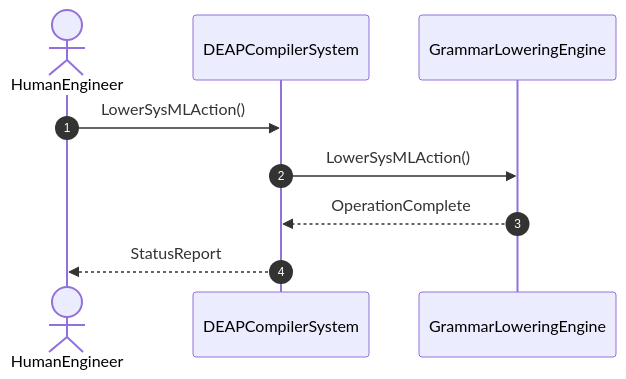
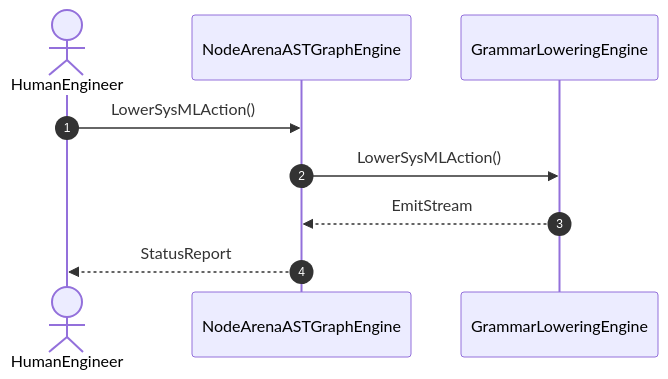
Before and after one commit to gintatkinson/dumpiler-01: the diagram in docs/user-stories/US-04-LowerSysMLAction.md, drawn with Mermaid. The commit also changed other lines of this file and 45 other files, not shown here.

````diff
--- a/docs/user-stories/US-04-LowerSysMLAction.md
+++ b/docs/user-stories/US-04-LowerSysMLAction.md
@@ -16,11 +16,11 @@
 ```mermaid
 sequenceDiagram
     autonumber
     actor HumanEngineer
-    participant DEAPCompilerSystem
+    participant NodeArenaASTGraphEngine
     participant GrammarLoweringEngine
-    HumanEngineer->>DEAPCompilerSystem: LowerSysMLAction()
-    DEAPCompilerSystem->>GrammarLoweringEngine: LowerSysMLAction()
-    GrammarLoweringEngine-->>DEAPCompilerSystem: OperationComplete
-    DEAPCompilerSystem-->>HumanEngineer: StatusReport
+    HumanEngineer->>NodeArenaASTGraphEngine: LowerSysMLAction()
+    NodeArenaASTGraphEngine->>GrammarLoweringEngine: LowerSysMLAction()
+    GrammarLoweringEngine-->>NodeArenaASTGraphEngine: EmitStream
+    NodeArenaASTGraphEngine-->>HumanEngineer: StatusReport
 ```
````
